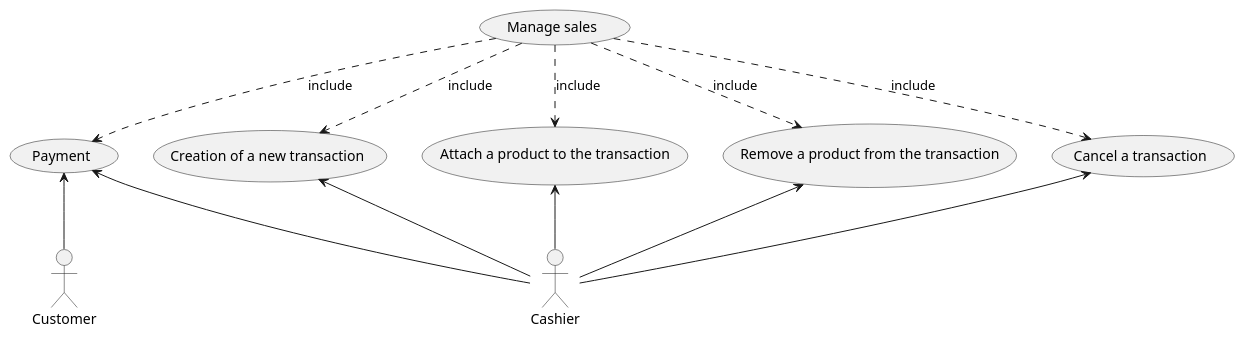
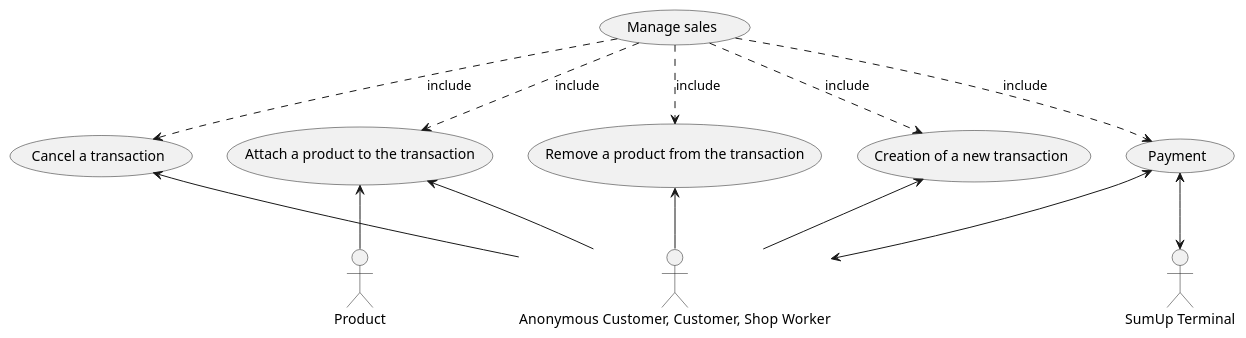
The fourth of 8 diagrams in Deliverables/RequirementsDocument.md (polito-se2-21-r03/se1-ezshop), drawn with PlantUML before and after one commit. The commit also changed other lines of this file, not shown here.

````diff
--- a/Deliverables/RequirementsDocument.md
+++ b/Deliverables/RequirementsDocument.md
@@ -249,27 +237,30 @@
 ```plantuml
-"Customer" as Customer
-"Cashier" as Cashier
+"Anonymous Customer, Customer, Shop Worker" as ACCSW
+"SumUp Terminal" as SumUpTerminal
+"Product" as Product
 
 (Manage sales) as FR3
 
 (Creation of a new transaction) as UC11
 (Attach a product to the transaction) as UC12
 (Remove a product from the transaction) as UC13
 (Payment) as UC14
 (Cancel a transaction) as UC15
 
 /' Sale transactions management (UC11, UC12, UC13, UC14, UC15) '/
 FR3 ..> UC11 :include
 FR3 ..> UC12 :include
 FR3 ..> UC13 :include
 FR3 ..> UC14 :include
 FR3 ..> UC15 :include
 
-UC11 <-- Cashier
-UC12 <-- Cashier
-UC13 <-- Cashier
-UC14 <-- Cashier
-UC15 <-- Cashier
+UC12 <-- ACCSW
+UC11 <-- ACCSW
+UC13 <-- ACCSW
+UC15 <-- ACCSW
+UC14 <--> ACCSW
 
-UC14 <-- Customer
+UC14 <--> SumUpTerminal
+
+UC12 <-- Product
 ```
````
